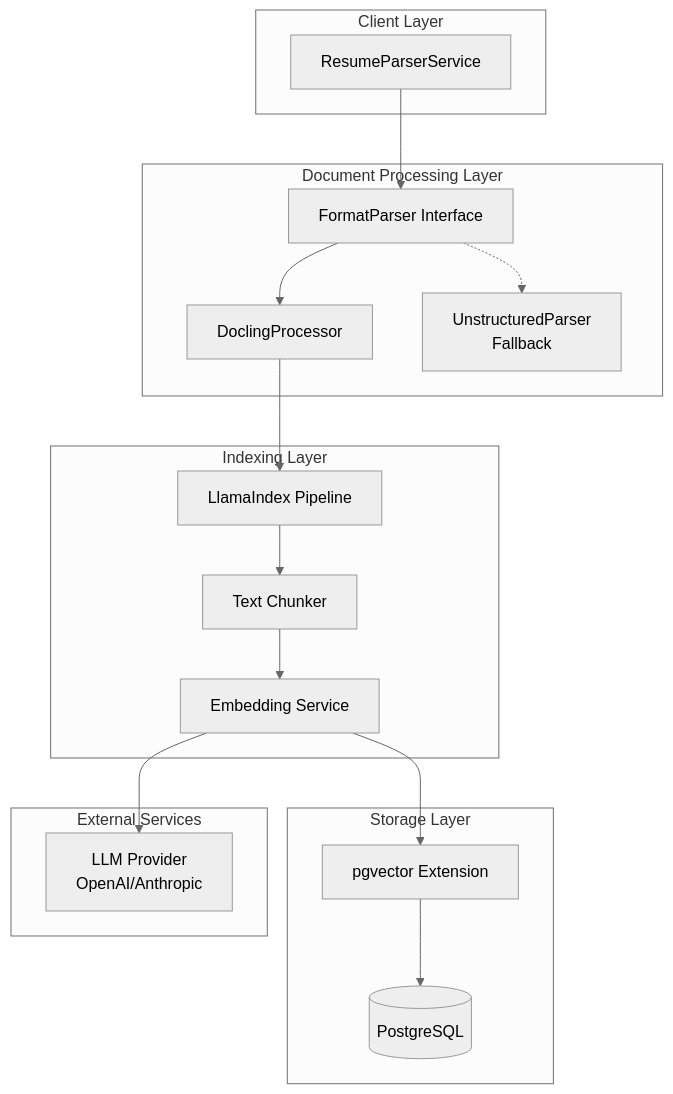
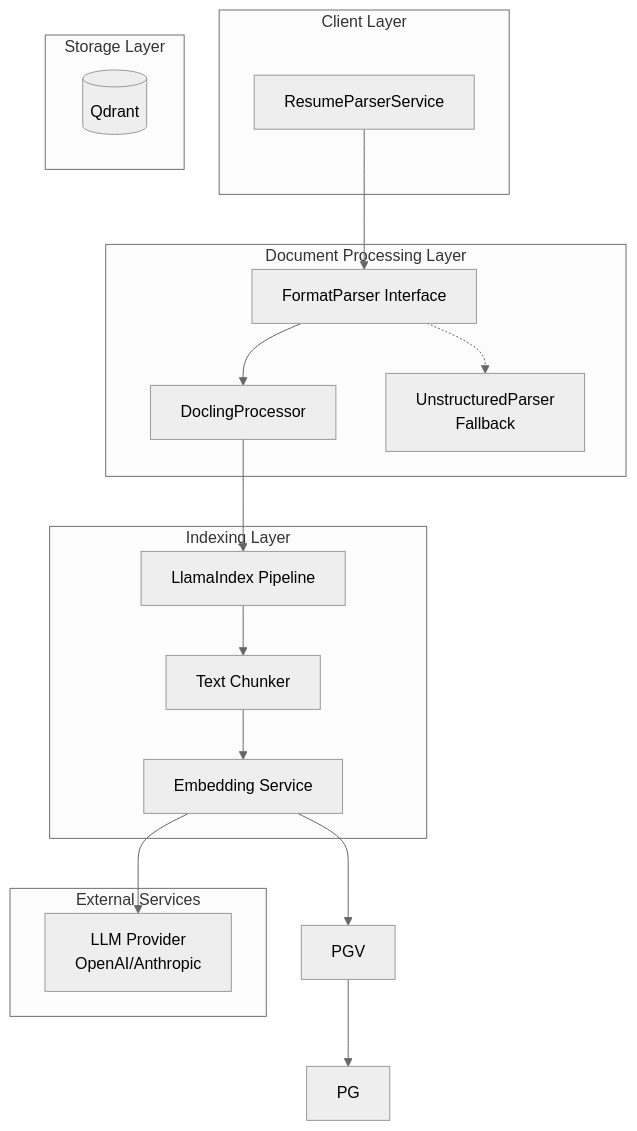
The diagram in .kiro/specs/document-processing-migration/design.md (botcraftengineer/qbs-autonaim), drawn with Mermaid (neutral theme) before and after one commit. The commit also changed other lines of this file and 10 other files, not shown here.

````diff
--- a/.kiro/specs/document-processing-migration/design.md
+++ b/.kiro/specs/document-processing-migration/design.md
@@ -14,37 +14,36 @@
 ```mermaid
 graph TB
     subgraph "Client Layer"
         RP[ResumeParserService]
     end
     
     subgraph "Document Processing Layer"
         DP[DoclingProcessor]
         FP[FormatParser Interface]
         UP[UnstructuredParser<br/>Fallback]
     end
     
     subgraph "Indexing Layer"
         LI[LlamaIndex Pipeline]
         CH[Text Chunker]
         ES[Embedding Service]
     end
     
     subgraph "Storage Layer"
-        PG[(PostgreSQL)]
-        PGV[pgvector Extension]
+        QD[(Qdrant)]
     end
     
     subgraph "External Services"
         LLM[LLM Provider<br/>OpenAI/Anthropic]
     end
     
     RP --> FP
     FP --> DP
     FP -.-> UP
     DP --> LI
     LI --> CH
     CH --> ES
     ES --> LLM
     ES --> PGV
     PGV --> PG
 ```
````
